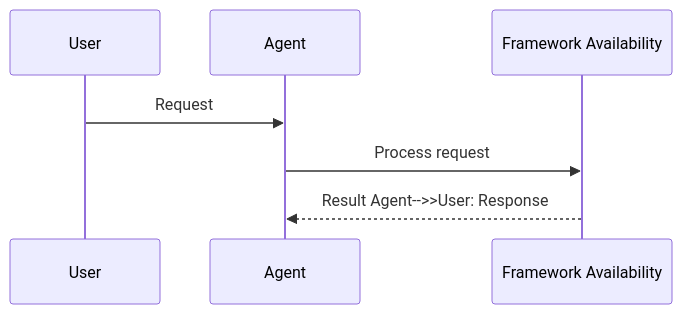
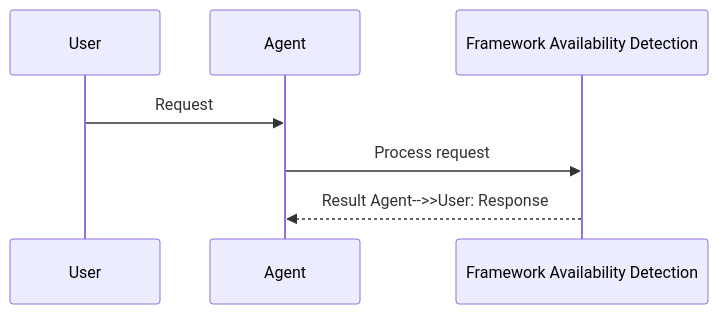
The second of 2 diagrams in docs/features/framework-availability.mdx (MervinPraison/PraisonAIDocs), drawn with Mermaid before and after one commit. The commit also changed other lines of this file and 45 other files, not shown here.

First line of the commit message:
docs: fix truncated Mermaid diagram feature names (22-char cutoff)

````diff
--- a/docs/features/framework-availability.mdx
+++ b/docs/features/framework-availability.mdx
@@ -49,10 +49,10 @@
 ```mermaid
 sequenceDiagram
     participant User
     participant Agent
-    participant Feature as Framework Availability
+    participant Feature as Framework Availability Detection
 
     User->>Agent: Request
     Agent->>Feature: Process request
     Feature-->>Agent: Result    Agent-->>User: Response
 ```
````
